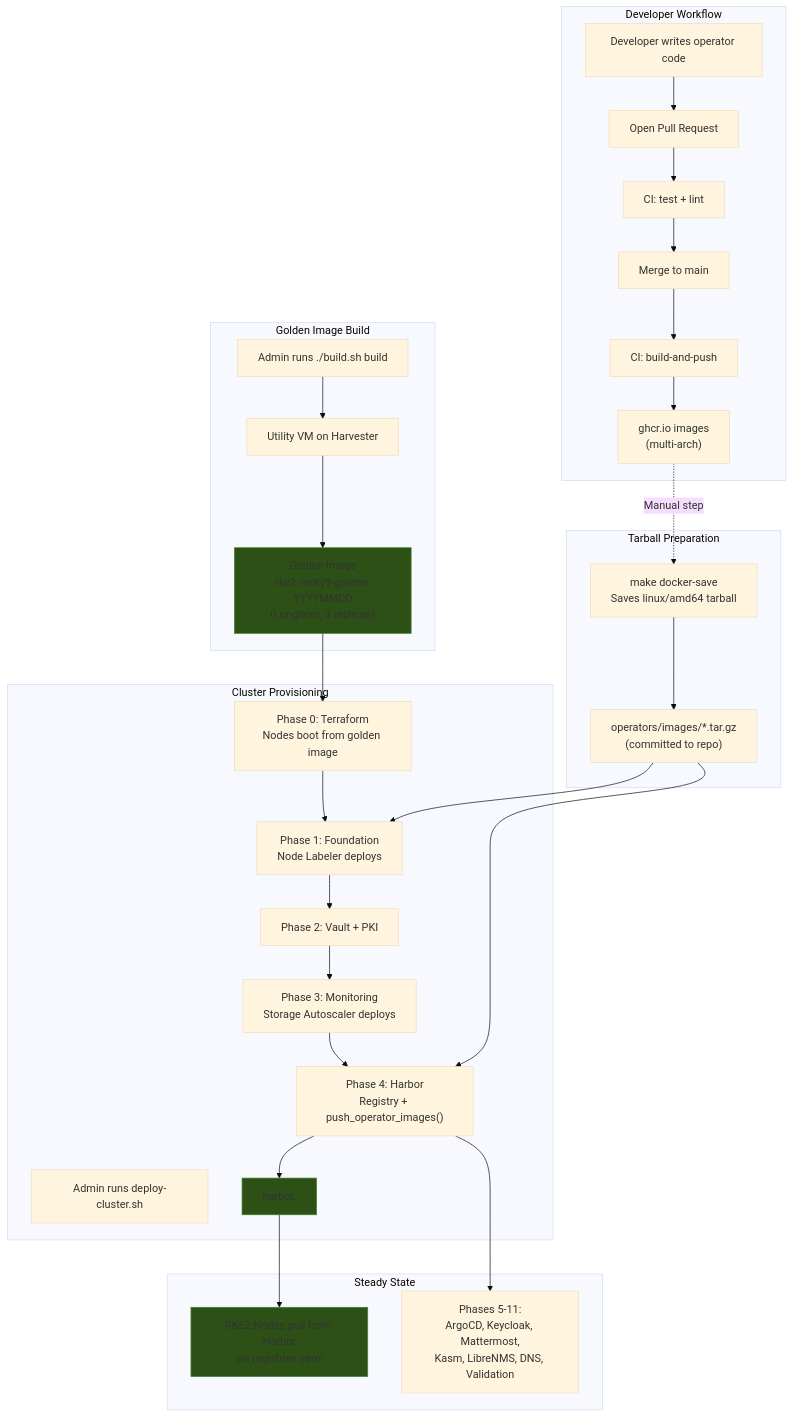
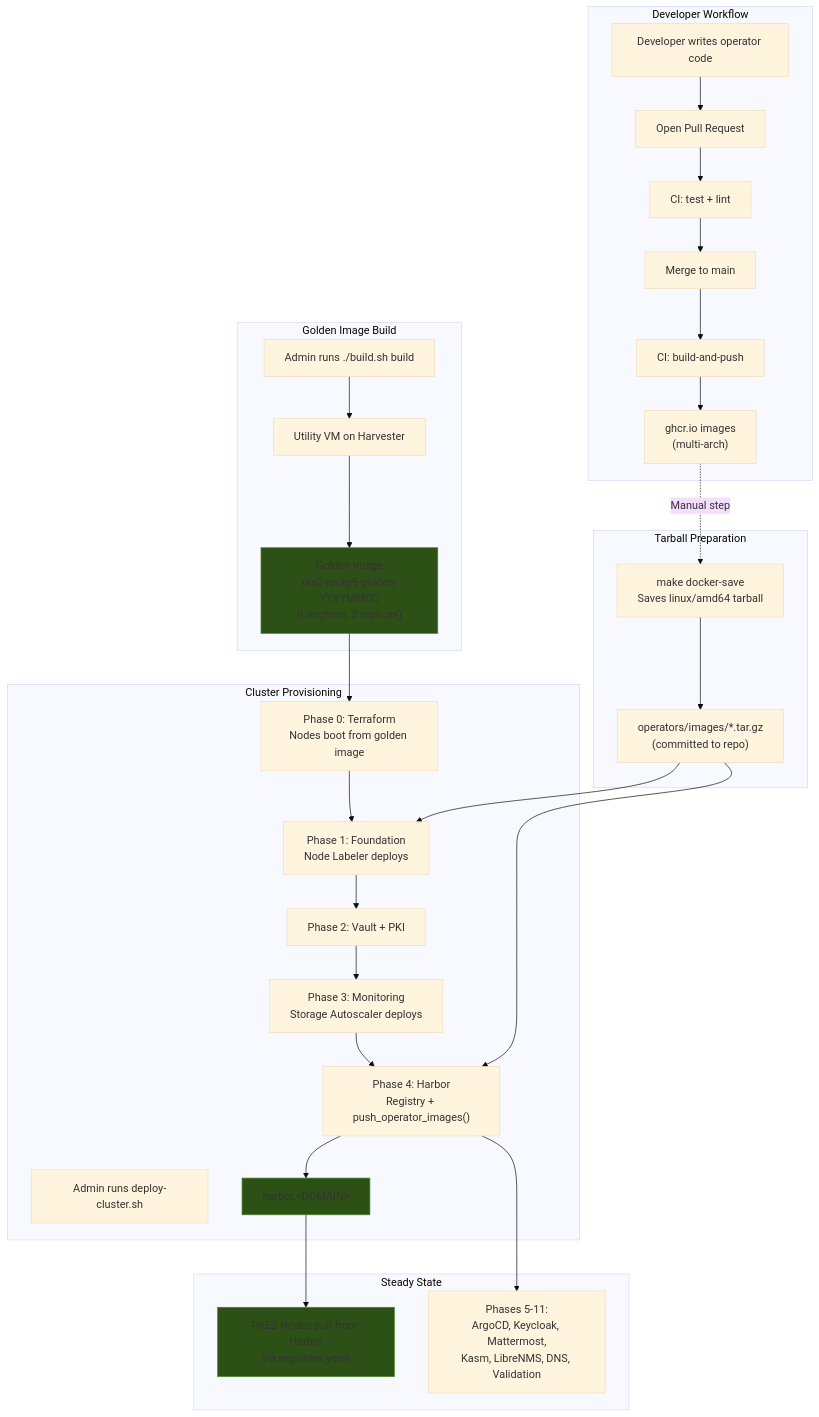
Before and after one commit to derhornspieler/harvester-rke2-platform: the ninth of 9 diagrams in docs/engineering/golden-image-cicd.md, drawn with Mermaid (base theme). The commit also changed other lines of this file and 127 other files, not shown here.

````diff
--- a/docs/engineering/golden-image-cicd.md
+++ b/docs/engineering/golden-image-cicd.md
@@ -1363,43 +1363,43 @@
 ```mermaid
 graph TB
     subgraph "Developer Workflow"
         DEV[Developer writes operator code]
         DEV --> PR[Open Pull Request]
         PR --> CI_TEST[CI: test + lint]
         CI_TEST --> MERGE[Merge to main]
         MERGE --> CI_BUILD[CI: build-and-push]
         CI_BUILD --> GHCR["ghcr.io images<br/>(multi-arch)"]
     end
 
     subgraph "Tarball Preparation"
         GHCR -.->|Manual step| SAVE["make docker-save<br/>Saves linux/amd64 tarball"]
         SAVE --> TARBALL["operators/images/*.tar.gz<br/>(committed to repo)"]
     end
 
     subgraph "Golden Image Build"
         ADMIN1[Admin runs ./build.sh build]
         ADMIN1 --> UTILITY[Utility VM on Harvester]
         UTILITY --> GOLDEN["Golden Image<br/>rke2-rocky9-golden-YYYYMMDD<br/>(Longhorn, 3 replicas)"]
     end
 
     subgraph "Cluster Provisioning"
         ADMIN2[Admin runs deploy-cluster.sh]
         GOLDEN --> P0["Phase 0: Terraform<br/>Nodes boot from golden image"]
         TARBALL --> P1["Phase 1: Foundation<br/>Node Labeler deploys"]
         P0 --> P1
         P1 --> P2["Phase 2: Vault + PKI"]
         P2 --> P3["Phase 3: Monitoring<br/>Storage Autoscaler deploys"]
         P3 --> P4["Phase 4: Harbor<br/>Registry + push_operator_images()"]
-        P4 --> HARBOR["harbor.<DOMAIN>"]
+        P4 --> HARBOR["harbor.&lt;DOMAIN&gt;"]
         TARBALL --> P4
     end
 
     subgraph "Steady State"
         HARBOR --> NODES["RKE2 Nodes pull from Harbor<br/>via registries.yaml"]
         P4 --> P5["Phases 5-11:<br/>ArgoCD, Keycloak, Mattermost,<br/>Kasm, LibreNMS, DNS, Validation"]
     end
 
     style GOLDEN fill:#2d5016,stroke:#4a8529
     style HARBOR fill:#2d5016,stroke:#4a8529
     style NODES fill:#2d5016,stroke:#4a8529
 ```
````
